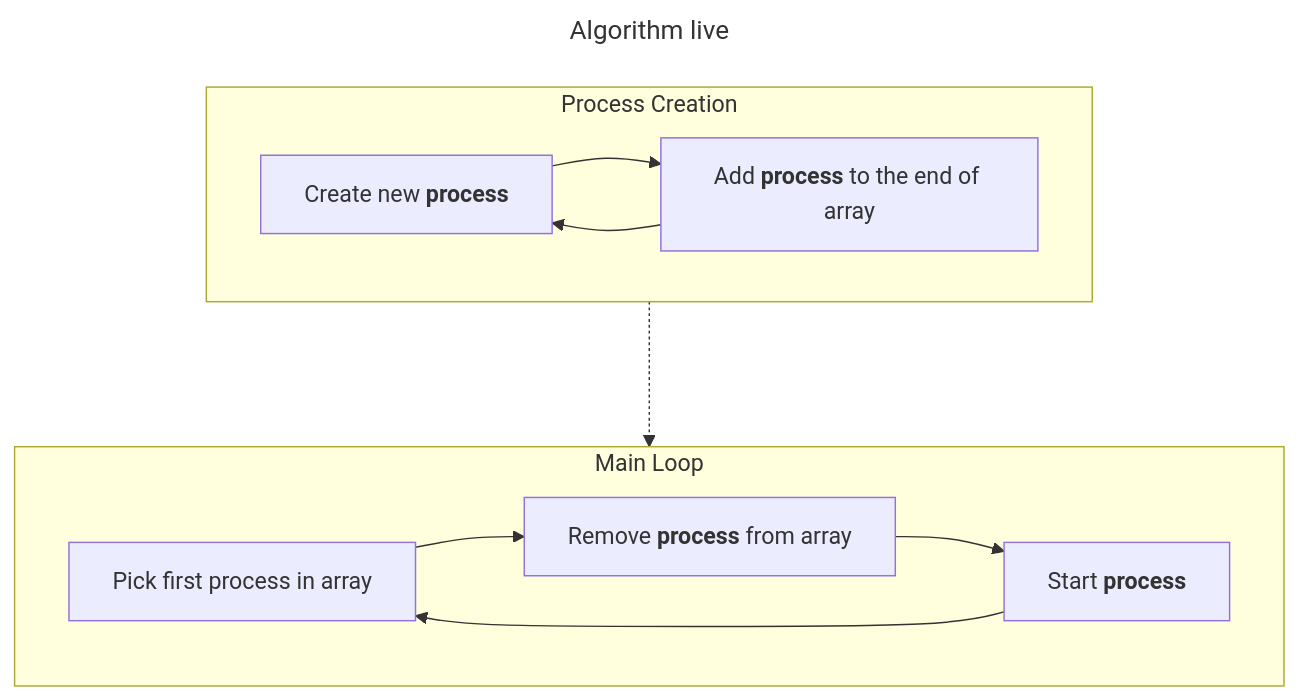
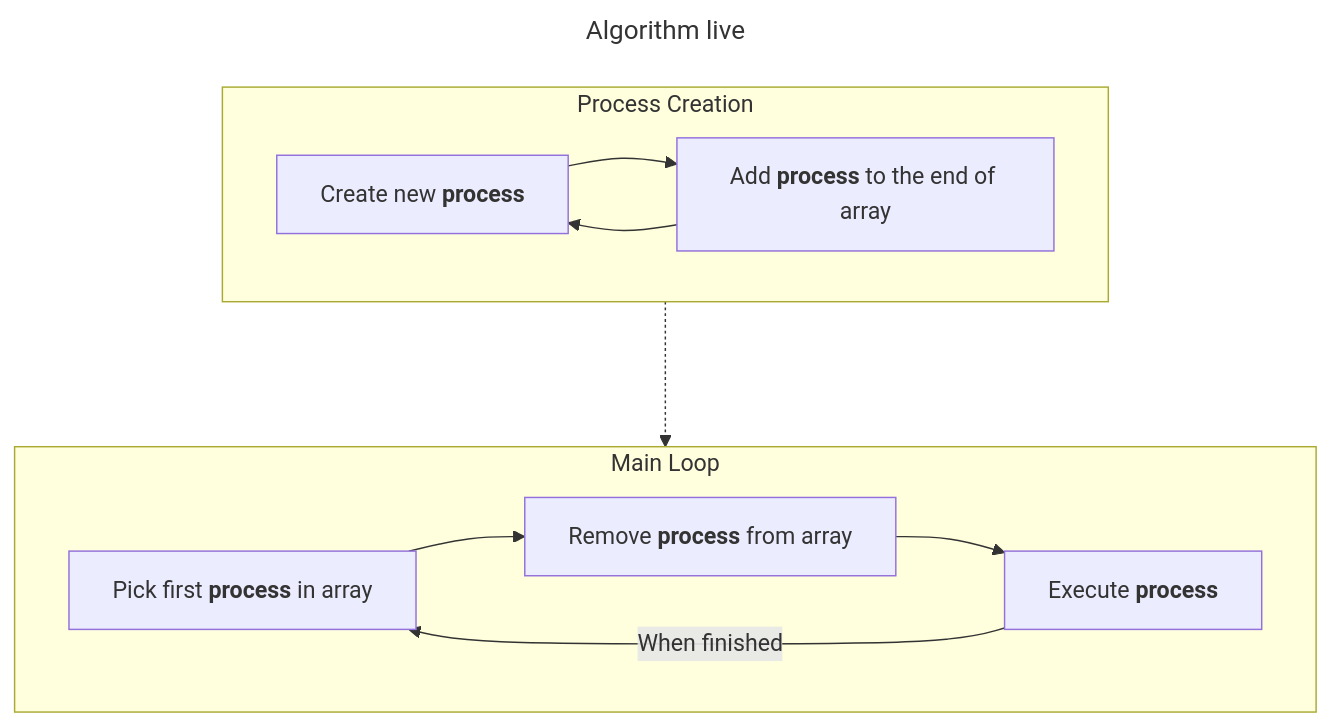
One commit to MainSkown/ProcessSimulation changed the diagram in FCFS/FCFS.md. Above: the diagram before and after it, drawn with Mermaid. The commit also changed 2 other files, not shown here.

Commit message:
Added FCFSManager

````diff
--- a/FCFS/FCFS.md
+++ b/FCFS/FCFS.md
@@ -6,21 +6,21 @@
 ```mermaid
 ---
 title: Algorithm live
 ---
 flowchart TB
 create["`Create new **process**`"]
 add["`Add **process** to the end of array`"]
-pick["`Pick first process in array`"]
-process["`Start **process**`"]
+pick["`Pick first **process** in array`"]
+process["`Execute **process**`"]
 remove["`Remove **process** from array`"]
 
 subgraph creation[Process Creation]
     create --> add --> create
 end
     
 subgraph loop[Main Loop]
-    pick --> remove --> process --> pick
+    pick --> remove --> process -->|When finished| pick
 end
 
 creation ..-> loop
 ```
````
